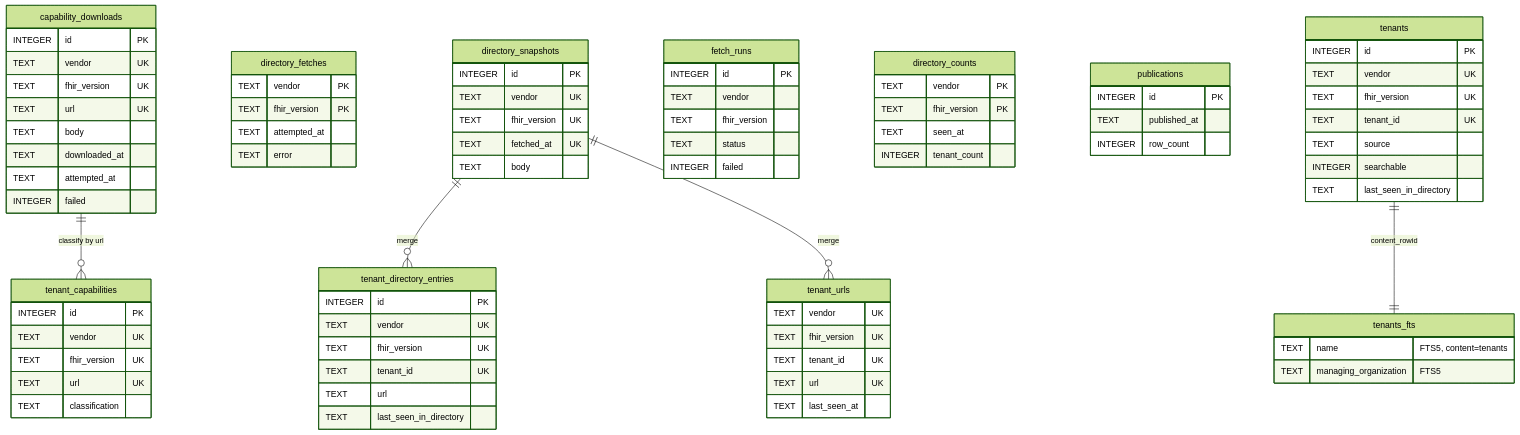
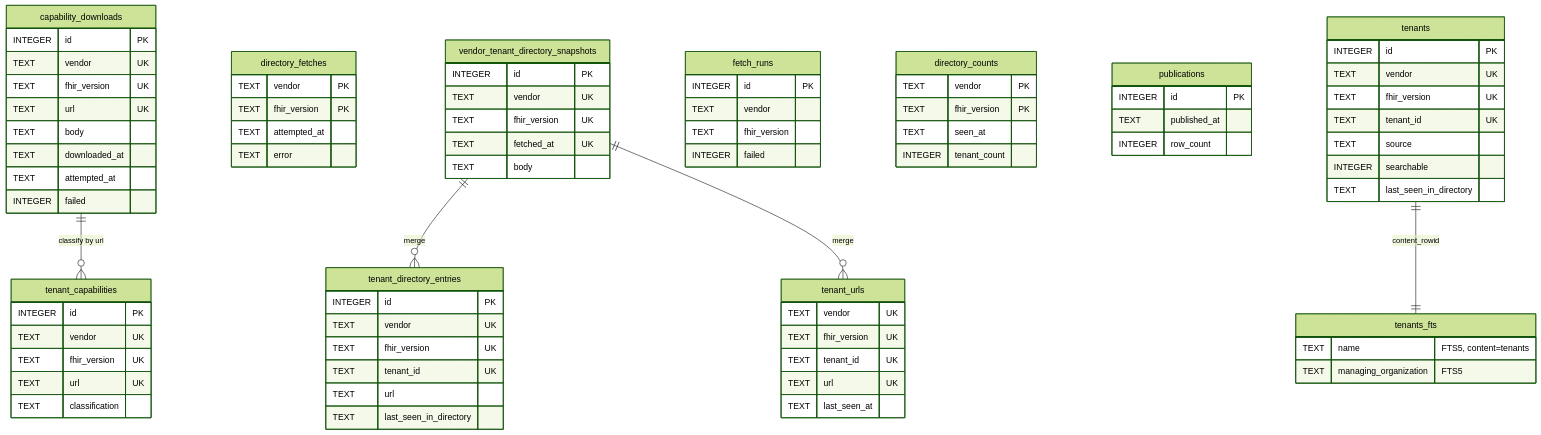
One commit to cfu288/mere-medical changed the first of 2 diagrams in libs/emr-pipeline/README.md. Above: the diagram before and after it, drawn with Mermaid (forest theme). The commit also changed other lines of this file and 18 other files, not shown here.

````diff
--- a/libs/emr-pipeline/README.md
+++ b/libs/emr-pipeline/README.md
@@ -113,7 +113,7 @@
     TEXT attempted_at
     TEXT error
   }
-  directory_snapshots {
+  vendor_tenant_directory_snapshots {
     INTEGER id PK
     TEXT vendor UK
     TEXT fhir_version UK
@@ -124,7 +124,6 @@
     INTEGER id PK
     TEXT vendor
     TEXT fhir_version
-    TEXT status
     INTEGER failed
   }
   directory_counts {
@@ -174,8 +173,8 @@
     TEXT managing_organization "FTS5"
   }
 
-  directory_snapshots ||--o{ tenant_directory_entries : "merge"
-  directory_snapshots ||--o{ tenant_urls : "merge"
+  vendor_tenant_directory_snapshots ||--o{ tenant_directory_entries : "merge"
+  vendor_tenant_directory_snapshots ||--o{ tenant_urls : "merge"
   capability_downloads ||--o{ tenant_capabilities : "classify by url"
   tenants ||--|| tenants_fts : content_rowid
 ```
````
